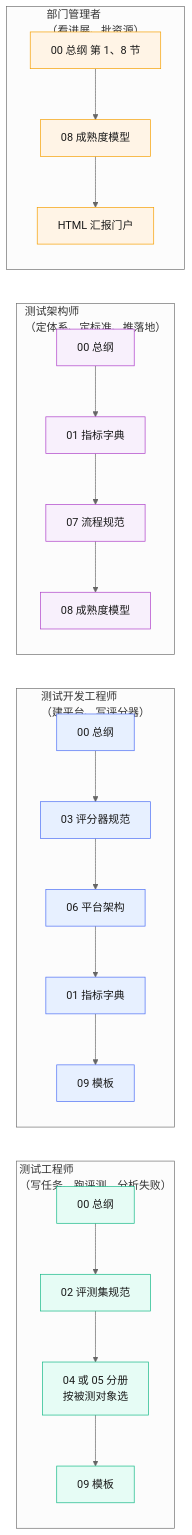
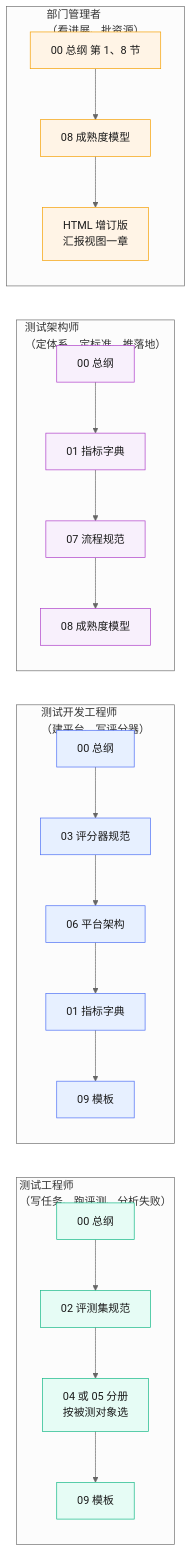
The eighth of 8 diagrams in 智能体评测体系/00-总纲.md (kuangaiyong/agent_evaluation), drawn with Mermaid (neutral theme) before and after one commit. The commit also changed other lines of this file and 5 other files, not shown here.

First line of the commit message:
10 份分册重编为单文件 HTML 增订版，图表优先，并吸收 19 条业界案例

````diff
--- a/智能体评测体系/00-总纲.md
+++ b/智能体评测体系/00-总纲.md
@@ -538,31 +538,31 @@
 ```mermaid
 flowchart LR
     subgraph R1["测试工程师<br/>（写任务、跑评测、分析失败）"]
         direction TB
         A1["00 总纲"] --> A2["02 评测集规范"] --> A3["04 或 05 分册<br/>按被测对象选"] --> A4["09 模板"]
     end
 
     subgraph R2["测试开发工程师<br/>（建平台、写评分器）"]
         direction TB
         B1["00 总纲"] --> B2["03 评分器规范"] --> B3["06 平台架构"] --> B4["01 指标字典"] --> B5["09 模板"]
     end
 
     subgraph R3["测试架构师<br/>（定体系、定标准、推落地）"]
         direction TB
         C1["00 总纲"] --> C2["01 指标字典"] --> C3["07 流程规范"] --> C4["08 成熟度模型"]
     end
 
     subgraph R4["部门管理者<br/>（看进展、批资源）"]
         direction TB
-        D1["00 总纲 第 1、8 节"] --> D2["08 成熟度模型"] --> D3["HTML 汇报门户"]
+        D1["00 总纲 第 1、8 节"] --> D2["08 成熟度模型"] --> D3["HTML 增订版<br/>汇报视图一章"]
     end
 
     classDef qa fill:#E6FCF5,stroke:#12B886,color:#1A1A1A
     classDef sdet fill:#E7F0FF,stroke:#4C6EF5,color:#1A1A1A
     classDef arch fill:#F8F0FC,stroke:#AE3EC9,color:#1A1A1A
     classDef mgr fill:#FFF4E6,stroke:#F59F00,color:#1A1A1A
     class A1,A2,A3,A4 qa
     class B1,B2,B3,B4,B5 sdet
     class C1,C2,C3,C4 arch
     class D1,D2,D3 mgr
 ```
````
